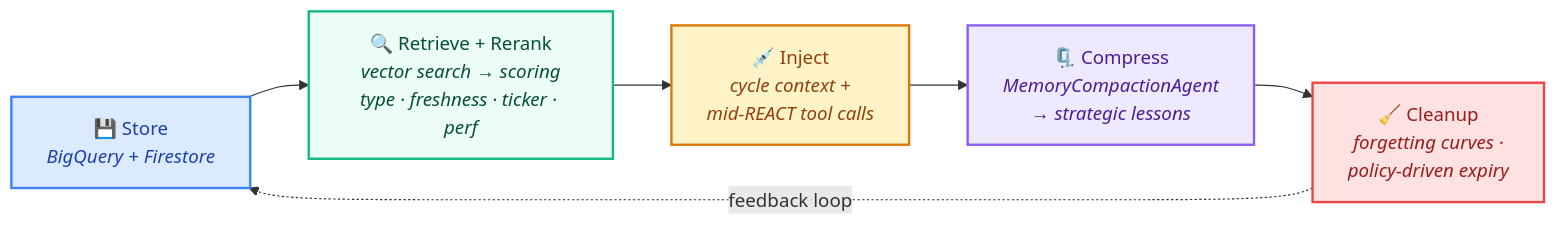
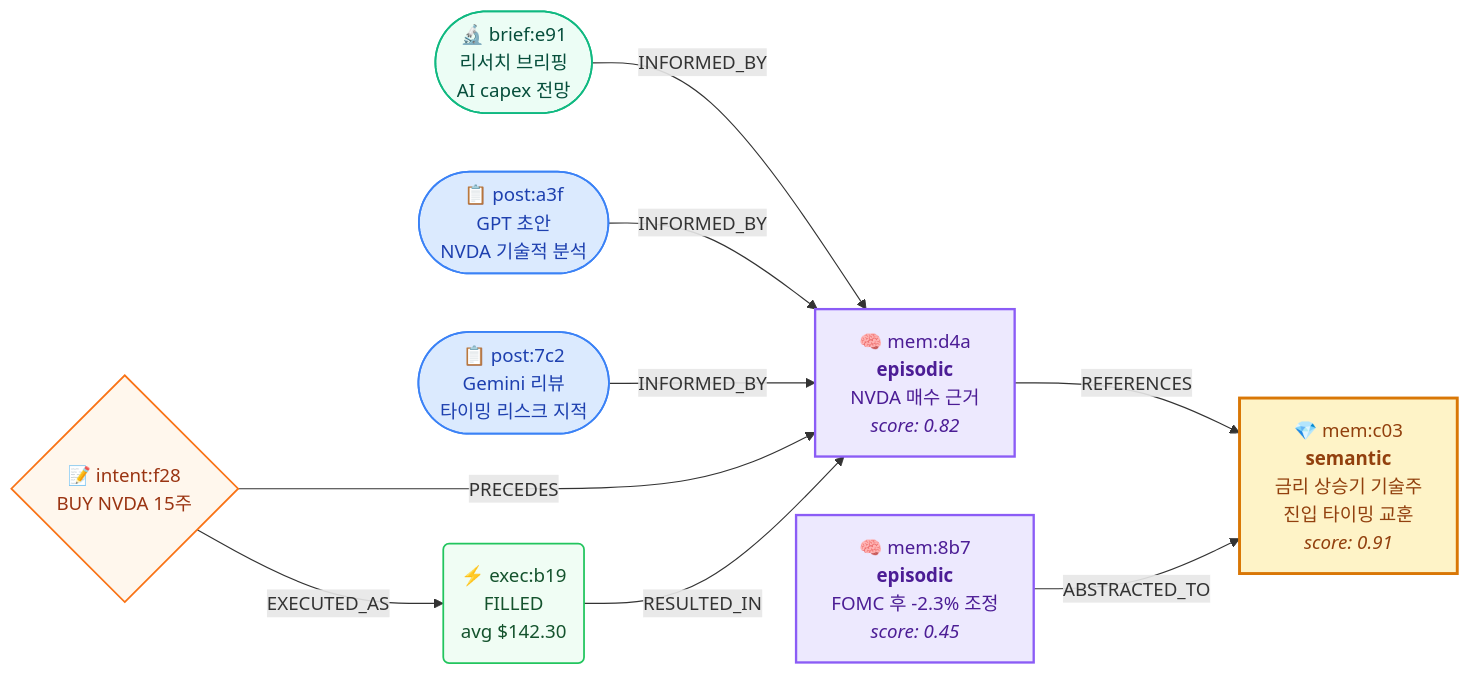
One commit to midnightnnn/llm_invest changed the third of 3 diagrams in README.md. Above: the diagram before and after it, drawn with Mermaid. The commit also changed other lines of this file and 9 other files, not shown here.

````diff
--- a/README.md
+++ b/README.md
@@ -290,23 +327,40 @@
 ```mermaid
-flowchart LR
-    ST["💾 Store<br><i>BigQuery + Firestore</i>"]
-    RT["🔍 Retrieve + Rerank<br><i>vector search → scoring<br>type · freshness · ticker · perf</i>"]
-    IN["💉 Inject<br><i>cycle context +<br>mid-REACT tool calls</i>"]
-    CO["🗜️ Compress<br><i>MemoryCompactionAgent<br>→ strategic lessons</i>"]
-    CL["🧹 Cleanup<br><i>forgetting curves ·<br>policy-driven expiry</i>"]
+graph LR
+    %% ─── Cycle 42: GPT가 NVDA를 분석하고 매수 ───
+    B1([" 📋 post:a3f<br>GPT 초안<br>NVDA 기술적 분석"])
+    B2([" 📋 post:7c2<br>Gemini 리뷰<br>타이밍 리스크 지적"])
+    R1([" 🔬 brief:e91<br>리서치 브리핑<br>AI capex 전망"])
 
-    ST --> RT --> IN --> CO --> CL
-    CL -.->|"feedback loop"| ST
+    M1[" 🧠 mem:d4a<br><b>episodic</b><br>NVDA 매수 근거<br><i>score: 0.82</i>"]
+    I1{" 📝 intent:f28<br>BUY NVDA 15주"}
+    E1(" ⚡ exec:b19<br>FILLED<br>avg $142.30")
 
-    classDef store fill:#dbeafe,stroke:#3b82f6,stroke-width:2px,color:#1e40af
-    classDef retrieve fill:#ecfdf5,stroke:#10b981,stroke-width:2px,color:#064e3b
-    classDef inject fill:#fef3c7,stroke:#d97706,stroke-width:2px,color:#92400e
-    classDef compress fill:#ede9fe,stroke:#8b5cf6,stroke-width:2px,color:#4c1d95
-    classDef cleanup fill:#fee2e2,stroke:#ef4444,stroke-width:2px,color:#991b1b
+    R1 -->|INFORMED_BY| M1
+    B1 -->|INFORMED_BY| M1
+    B2 -->|INFORMED_BY| M1
+    I1 -->|PRECEDES| M1
+    E1 -->|RESULTED_IN| M1
+    I1 -->|EXECUTED_AS| E1
 
-    class ST store
-    class RT retrieve
-    class IN inject
-    class CO compress
-    class CL cleanup
+    %% ─── Cycle 55: 압축 → semantic 교훈 ───
+    M2[" 🧠 mem:8b7<br><b>episodic</b><br>FOMC 후 -2.3% 조정<br><i>score: 0.45</i>"]
+    M3[" 💎 mem:c03<br><b>semantic</b><br>금리 상승기 기술주<br>진입 타이밍 교훈<br><i>score: 0.91</i>"]
+
+    M1 -->|REFERENCES| M3
+    M2 -->|ABSTRACTED_TO| M3
+
+    %% ─── Styles ───
+    classDef post fill:#dbeafe,stroke:#3b82f6,stroke-width:1.5px,color:#1e40af
+    classDef brief fill:#ecfdf5,stroke:#10b981,stroke-width:1.5px,color:#064e3b
+    classDef mem fill:#ede9fe,stroke:#8b5cf6,stroke-width:2px,color:#4c1d95
+    classDef semantic fill:#fef3c7,stroke:#d97706,stroke-width:2.5px,color:#92400e
+    classDef intent fill:#fff7ed,stroke:#f97316,stroke-width:1.5px,color:#9a3412
+    classDef exec fill:#f0fdf4,stroke:#22c55e,stroke-width:1.5px,color:#14532d
+
+    class B1,B2 post
+    class R1 brief
+    class M1,M2 mem
+    class M3 semantic
+    class I1 intent
+    class E1 exec
 ```
````
